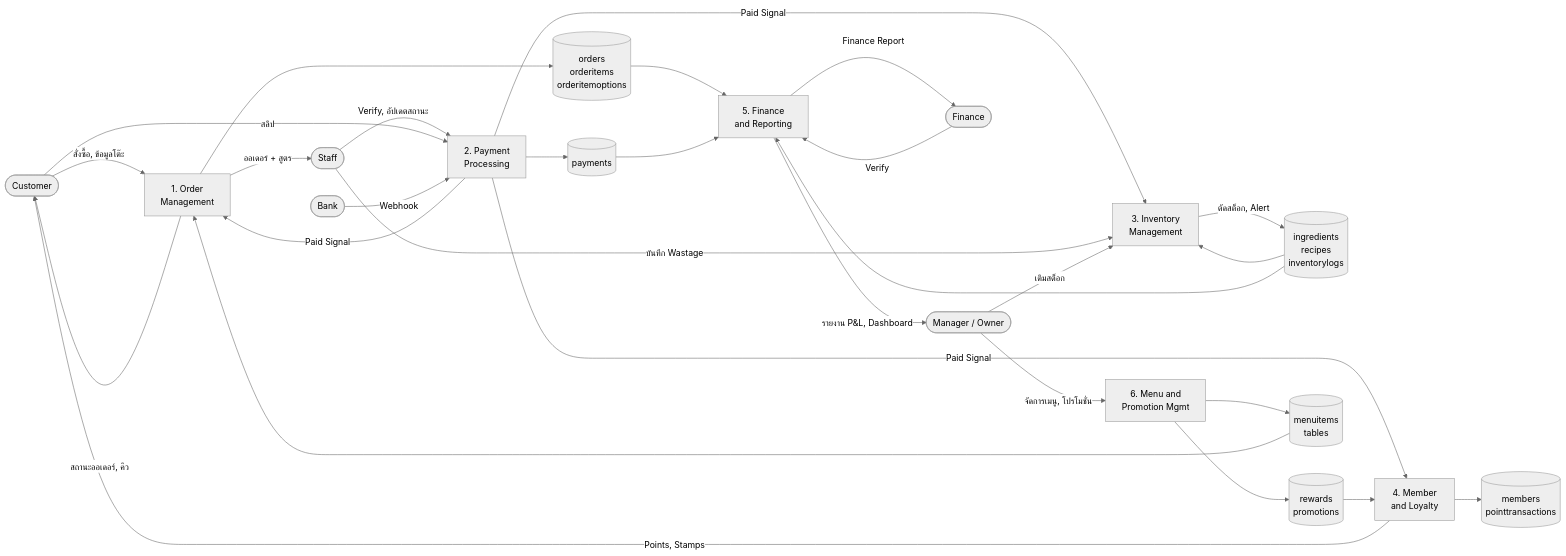
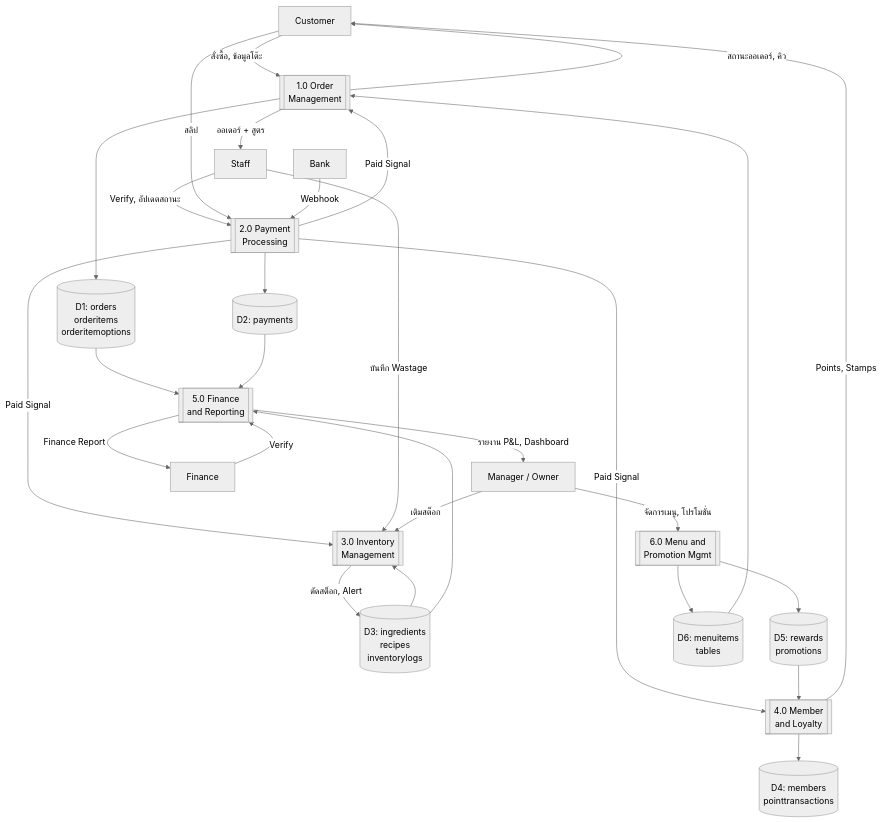
Before and after one commit to InkSpuDek66/smart-cafe-management: the fourth of 8 diagrams in README.md, drawn with Mermaid (neutral theme). The commit also changed other lines of this file, not shown here.

First line of the commit message:
Fix Mermaid diagram syntax and correct demo login credentials

````diff
--- a/README.md
+++ b/README.md
@@ -1084,56 +1088,56 @@
 ```mermaid
-flowchart LR
-    CUST(["Customer"])
-    STAFF(["Staff"])
-    MGR(["Manager / Owner"])
-    FIN(["Finance"])
-    BANK(["Bank"])
+flowchart TD
+    CUST["Customer"]
+    STAFF["Staff"]
+    MGR["Manager / Owner"]
+    FIN["Finance"]
+    BANK["Bank"]
 
-    P1["1. Order\nManagement"]
-    P2["2. Payment\nProcessing"]
-    P3["3. Inventory\nManagement"]
-    P4["4. Member\nand Loyalty"]
-    P5["5. Finance\nand Reporting"]
-    P6["6. Menu and\nPromotion Mgmt"]
+    P1[["1.0 Order<br/>Management"]]
+    P2[["2.0 Payment<br/>Processing"]]
+    P3[["3.0 Inventory<br/>Management"]]
+    P4[["4.0 Member<br/>and Loyalty"]]
+    P5[["5.0 Finance<br/>and Reporting"]]
+    P6[["6.0 Menu and<br/>Promotion Mgmt"]]
 
-    DS1[("orders\norderitems\norderitemoptions")]
-    DS2[("payments")]
-    DS3[("ingredients\nrecipes\ninventorylogs")]
-    DS4[("members\npointtransactions")]
-    DS5[("rewards\npromotions")]
-    DS6[("menuitems\ntables")]
+    DS1[("D1: orders<br/>orderitems<br/>orderitemoptions")]
+    DS2[("D2: payments")]
+    DS3[("D3: ingredients<br/>recipes<br/>inventorylogs")]
+    DS4[("D4: members<br/>pointtransactions")]
+    DS5[("D5: rewards<br/>promotions")]
+    DS6[("D6: menuitems<br/>tables")]
 
     CUST -- "สั่งซื้อ, ข้อมูลโต๊ะ" --> P1
     P1 -- "สถานะออเดอร์, คิว" --> CUST
     P1 -- "ออเดอร์ + สูตร" --> STAFF
     P1 --> DS1
     DS6 --> P1
 
     STAFF -- "Verify, อัปเดตสถานะ" --> P2
     CUST -- "สลิป" --> P2
     P2 --> DS2
     P2 -- "Paid Signal" --> P1
     P2 -- "Paid Signal" --> P3
     P2 -- "Paid Signal" --> P4
     BANK -- "Webhook" --> P2
 
     P3 -- "ตัดสต็อก, Alert" --> DS3
     STAFF -- "บันทึก Wastage" --> P3
     DS3 --> P3
     MGR -- "เติมสต็อก" --> P3
 
     P4 --> DS4
     DS5 --> P4
     P4 -- "Points, Stamps" --> CUST
 
     DS1 --> P5
     DS2 --> P5
     DS3 --> P5
     P5 -- "รายงาน P&L, Dashboard" --> MGR
     P5 -- "Finance Report" --> FIN
     FIN -- "Verify" --> P5
 
     MGR -- "จัดการเมนู, โปรโมชั่น" --> P6
     P6 --> DS6
     P6 --> DS5
 ```
````
